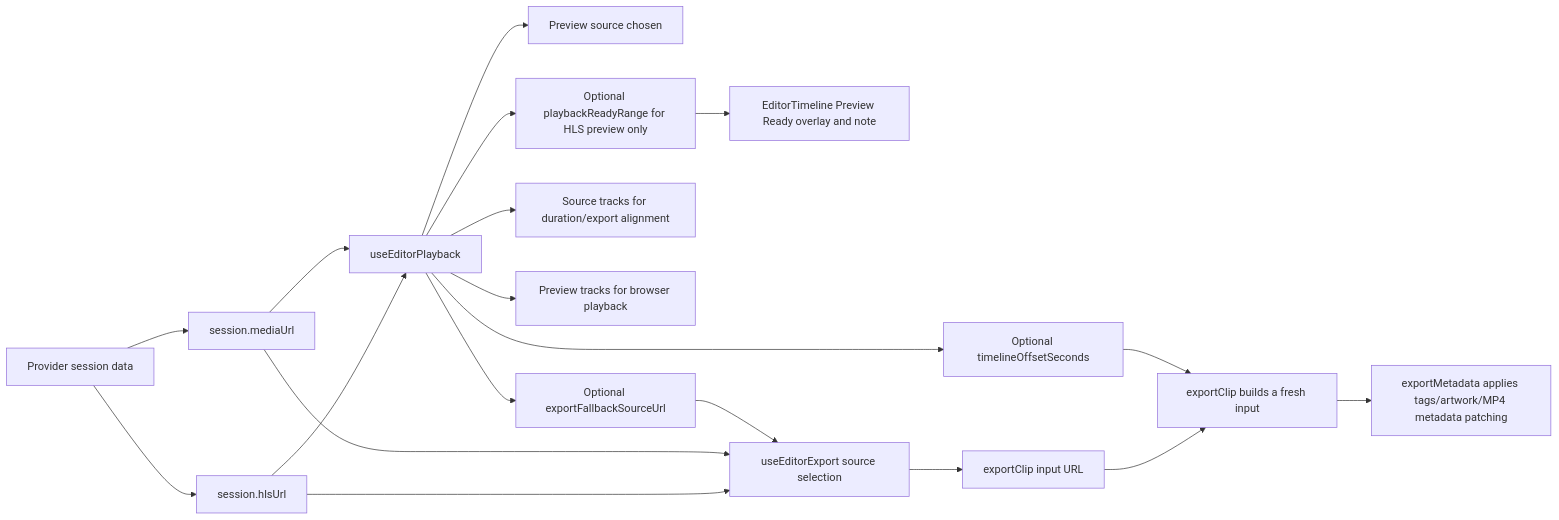
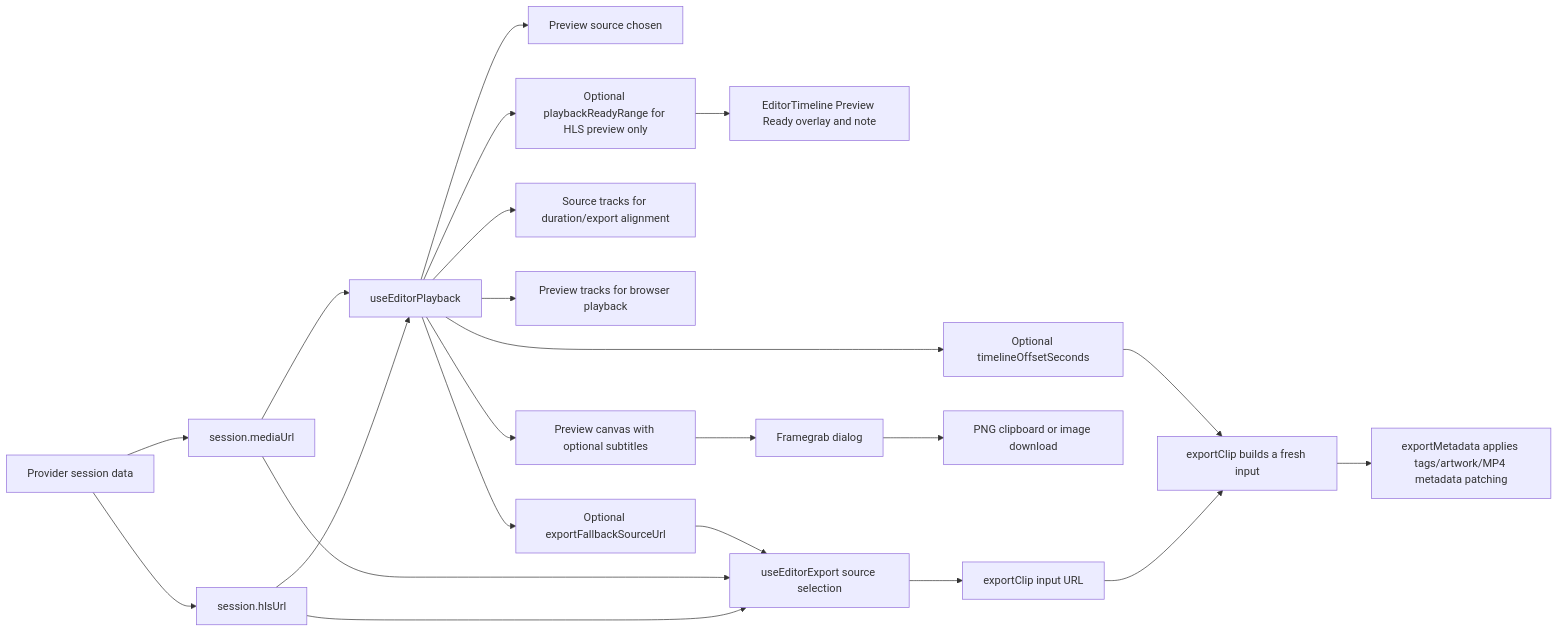
One commit to TechSquidTV/Cliparr changed diagram 12 of 12 in DIAGRAMS.md. Above: the diagram before and after it, drawn with Mermaid. The commit also changed other lines of this file and 15 other files, not shown here.

````diff
--- a/DIAGRAMS.md
+++ b/DIAGRAMS.md
@@ -253,21 +257,24 @@
 ```mermaid
 flowchart LR
     A["Provider session data"] --> B["session.hlsUrl"]
     A --> C["session.mediaUrl"]
     B --> D["useEditorPlayback"]
     C --> D
     D --> E["Preview source chosen"]
     D --> F["Optional exportFallbackSourceUrl"]
     D --> I["Optional timelineOffsetSeconds"]
     D --> J["Source tracks for duration/export alignment"]
     D --> K["Preview tracks for browser playback"]
     D --> L["Optional playbackReadyRange for HLS preview only"]
     L --> M["EditorTimeline Preview Ready overlay and note"]
+    D --> P["Preview canvas with optional subtitles"]
+    P --> Q["Framegrab dialog"]
+    Q --> R["PNG clipboard or image download"]
     B --> G["useEditorExport source selection"]
     C --> G
     F --> G
     G --> H["exportClip input URL"]
     H --> N["exportClip builds a fresh input"]
     I --> N
     N --> O["exportMetadata applies tags/artwork/MP4 metadata patching"]
 ```
````
